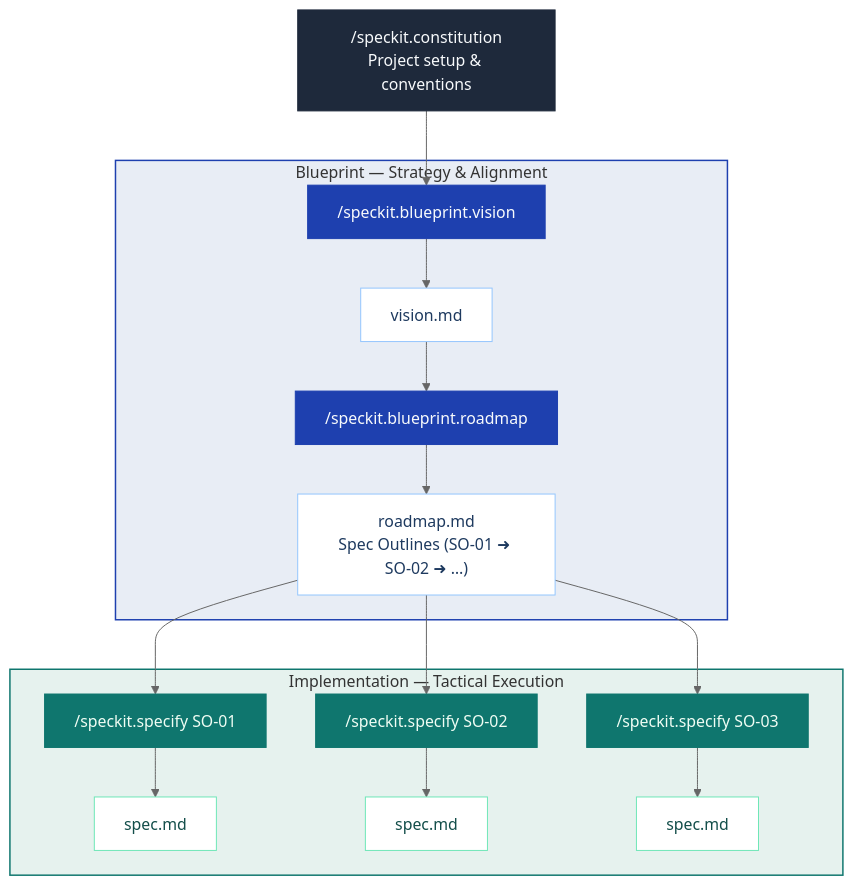
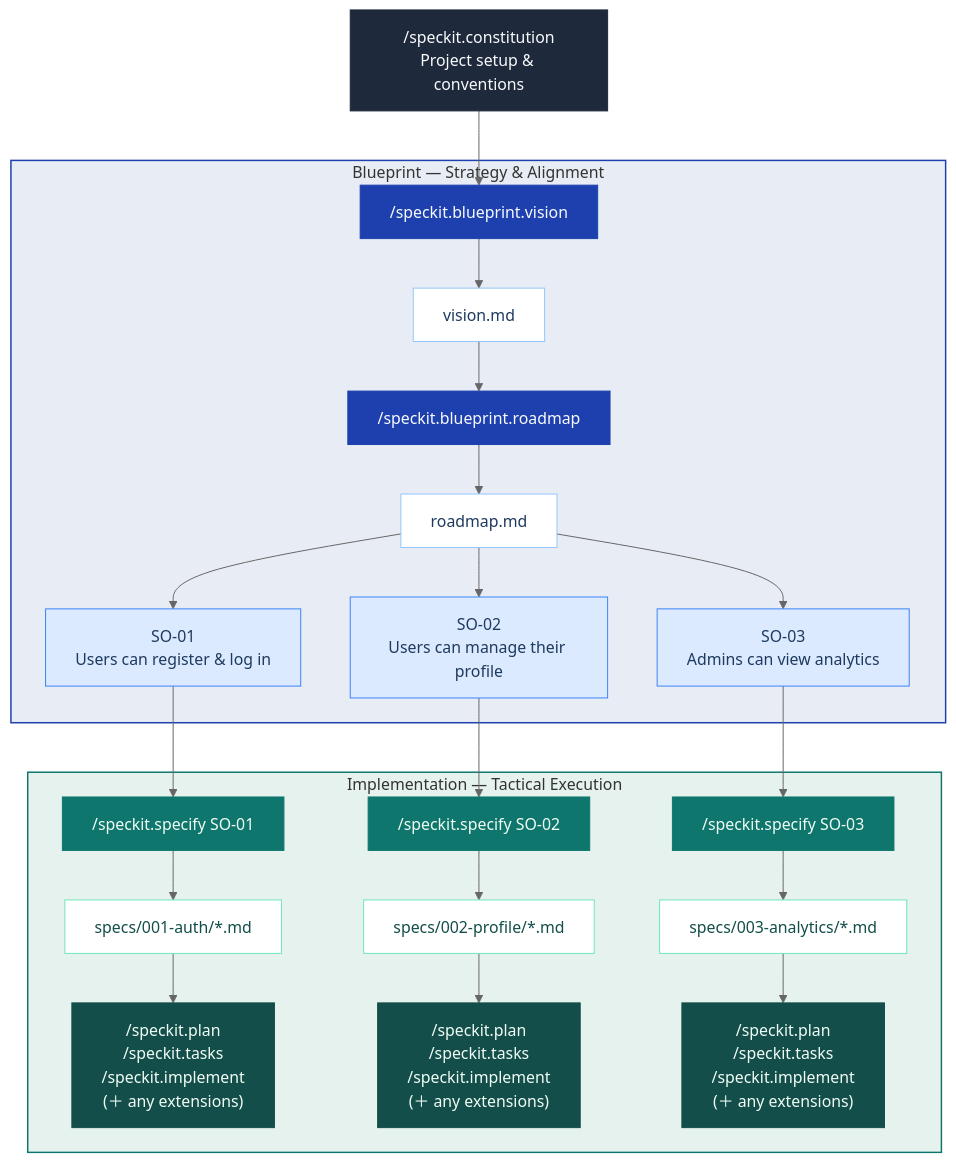
Before and after one commit to jaeryun/spec-kit-blueprint: the diagram in README.md, drawn with Mermaid (neutral theme). The commit also changed other lines of this file and 4 other files, not shown here.

First line of the commit message:
docs: improve README diagram and fix spec path format throughout

````diff
--- a/README.md
+++ b/README.md
@@ -21,33 +11,47 @@
 ```mermaid
 flowchart TD
     A["/speckit.constitution\nProject setup & conventions"] --> B
 
     subgraph bp ["Blueprint — Strategy & Alignment"]
         B["/speckit.blueprint.vision"]
         B --> C["vision.md"]
         C --> D["/speckit.blueprint.roadmap"]
-        D --> R["roadmap.md\nSpec Outlines (SO-01 ➜ SO-02 ➜ …)"]
+        D --> R["roadmap.md"]
+        R --> SO1["SO-01\nUsers can register & log in"]
+        R --> SO2["SO-02\nUsers can manage their profile"]
+        R --> SO3["SO-03\nAdmins can view analytics"]
     end
 
-    R --> F & G & H
+    SO1 --> F
+    SO2 --> G
+    SO3 --> H
 
     subgraph impl ["Implementation — Tactical Execution"]
-        F["/speckit.specify SO-01"] --> spec1["spec.md"]
-        G["/speckit.specify SO-02"] --> spec2["spec.md"]
-        H["/speckit.specify SO-03"] --> spec3["spec.md"]
+        F["/speckit.specify SO-01"] --> spec1["specs/001-auth/*.md"]
+        G["/speckit.specify SO-02"] --> spec2["specs/002-profile/*.md"]
+        H["/speckit.specify SO-03"] --> spec3["specs/003-analytics/*.md"]
+        spec1 --> NEXT1["/speckit.plan\n/speckit.tasks\n/speckit.implement\n(＋ any extensions)"]
+        spec2 --> NEXT2["/speckit.plan\n/speckit.tasks\n/speckit.implement\n(＋ any extensions)"]
+        spec3 --> NEXT3["/speckit.plan\n/speckit.tasks\n/speckit.implement\n(＋ any extensions)"]
     end
 
     style bp fill:#e8edf5,stroke:#1e40af,stroke-width:1.5px
     style impl fill:#e6f2ee,stroke:#0f766e,stroke-width:1.5px
     style A fill:#1e293b,stroke:#1e293b,color:#f8fafc
     style B fill:#1e40af,stroke:#1e40af,color:#f8fafc
     style C fill:#ffffff,stroke:#93c5fd,color:#1e3a5f
     style D fill:#1e40af,stroke:#1e40af,color:#f8fafc
     style R fill:#ffffff,stroke:#93c5fd,color:#1e3a5f
+    style SO1 fill:#dbeafe,stroke:#3b82f6,color:#1e3a5f
+    style SO2 fill:#dbeafe,stroke:#3b82f6,color:#1e3a5f
+    style SO3 fill:#dbeafe,stroke:#3b82f6,color:#1e3a5f
     style F fill:#0f766e,stroke:#0f766e,color:#f0fdf4
     style G fill:#0f766e,stroke:#0f766e,color:#f0fdf4
     style H fill:#0f766e,stroke:#0f766e,color:#f0fdf4
     style spec1 fill:#ffffff,stroke:#6ee7b7,color:#134e4a
     style spec2 fill:#ffffff,stroke:#6ee7b7,color:#134e4a
     style spec3 fill:#ffffff,stroke:#6ee7b7,color:#134e4a
+    style NEXT1 fill:#134e4a,stroke:#134e4a,color:#f0fdf4
+    style NEXT2 fill:#134e4a,stroke:#134e4a,color:#f0fdf4
+    style NEXT3 fill:#134e4a,stroke:#134e4a,color:#f0fdf4
 ```
````
